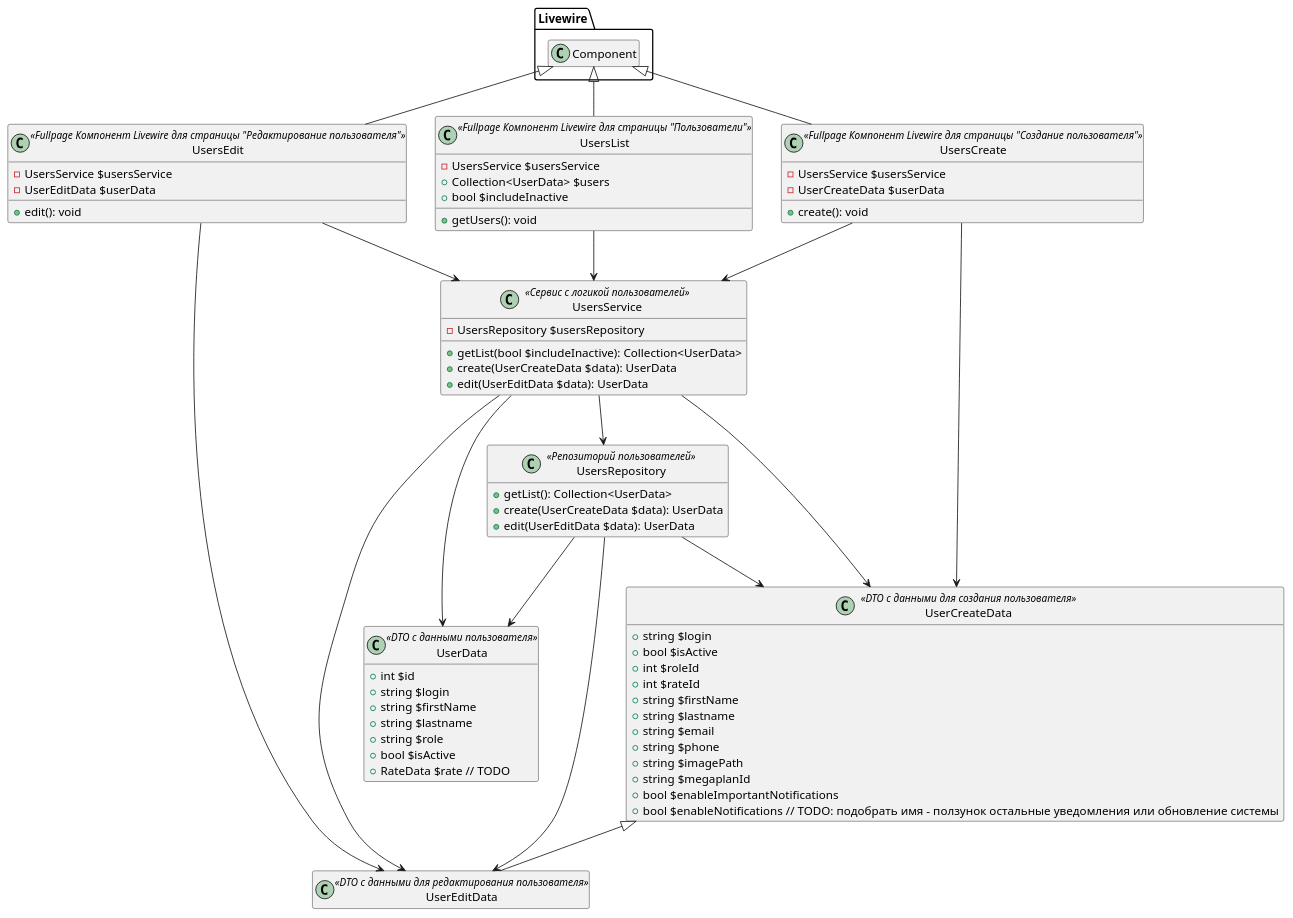
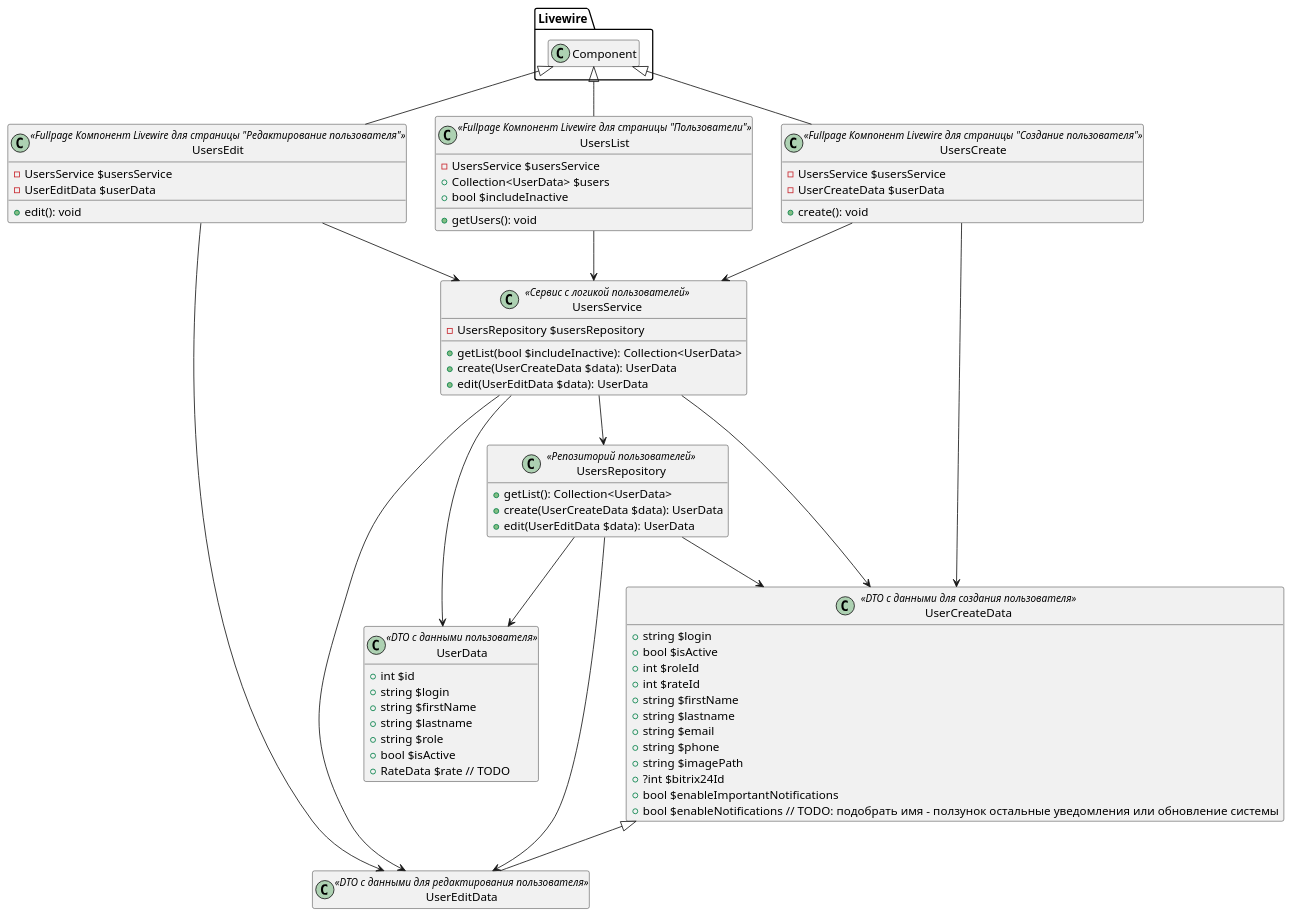
The diagram in docs/diagrams/users/code_components.wsd (Respayn/casini), drawn with PlantUML before and after one commit. The commit also changed 14 other files, not shown here.

```diff
--- a/docs/diagrams/users/code_components.wsd
+++ b/docs/diagrams/users/code_components.wsd
@@ -1,83 +1,83 @@
 @startuml Users - Code Components
 
 hide empty members
 
 class UserData <<DTO с данными пользователя>> {
     + int $id
     + string $login
     + string $firstName
     + string $lastname
     + string $role
     + bool $isActive
     + RateData $rate // TODO
 }
 
 class UserCreateData <<DTO с данными для создания пользователя>> {
     + string $login
     + bool $isActive
     + int $roleId
     + int $rateId
     + string $firstName
     + string $lastname
     + string $email
     + string $phone
     + string $imagePath
-    + string $megaplanId
+    + ?int $bitrix24Id
     + bool $enableImportantNotifications
     + bool $enableNotifications // TODO: подобрать имя - ползунок остальные уведомления или обновление системы
 }
 
 class UserEditData <<DTO с данными для редактирования пользователя>> extends UserCreateData {
 }
 
 class UsersService <<Сервис с логикой пользователей>> {
     - UsersRepository $usersRepository
     + getList(bool $includeInactive): Collection<UserData>
     + create(UserCreateData $data): UserData
     + edit(UserEditData $data): UserData
 }
 
 class UsersRepository <<Репозиторий пользователей>> {
     + getList(): Collection<UserData>
     + create(UserCreateData $data): UserData
     + edit(UserEditData $data): UserData
 }
 
 class UsersList <<Fullpage Компонент Livewire для страницы "Пользователи">> extends Livewire.Component {
     - UsersService $usersService
     + Collection<UserData> $users
     + bool $includeInactive
 
     + getUsers(): void
 }
 
 class UsersCreate <<Fullpage Компонент Livewire для страницы "Создание пользователя">> extends Livewire.Component {
     - UsersService $usersService
     - UserCreateData $userData
 
     + create(): void
 }
 
 class UsersEdit <<Fullpage Компонент Livewire для страницы "Редактирование пользователя">> extends Livewire.Component {
     - UsersService $usersService
     - UserEditData $userData
 
     + edit(): void
 }
 
 UsersList --> UsersService
 UsersCreate --> UsersService
 UsersCreate --> UserCreateData
 UsersEdit --> UsersService
 UsersEdit --> UserEditData
 
 UsersService --> UsersRepository
 UsersService --> UserData
 UsersService --> UserCreateData
 UsersService --> UserEditData
 
 UsersRepository --> UserData
 UsersRepository --> UserCreateData
 UsersRepository --> UserEditData
 
 @enduml
```
